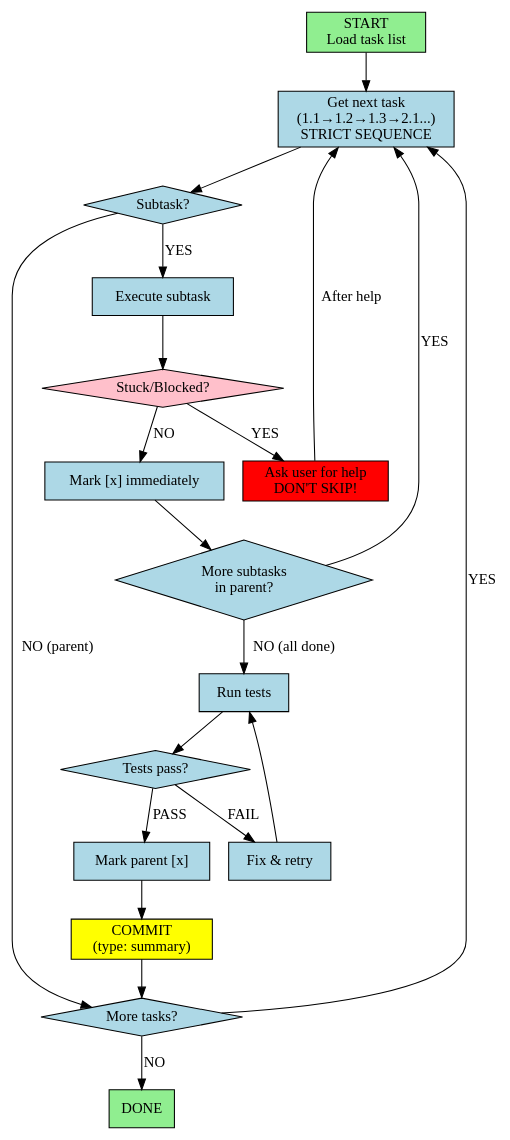
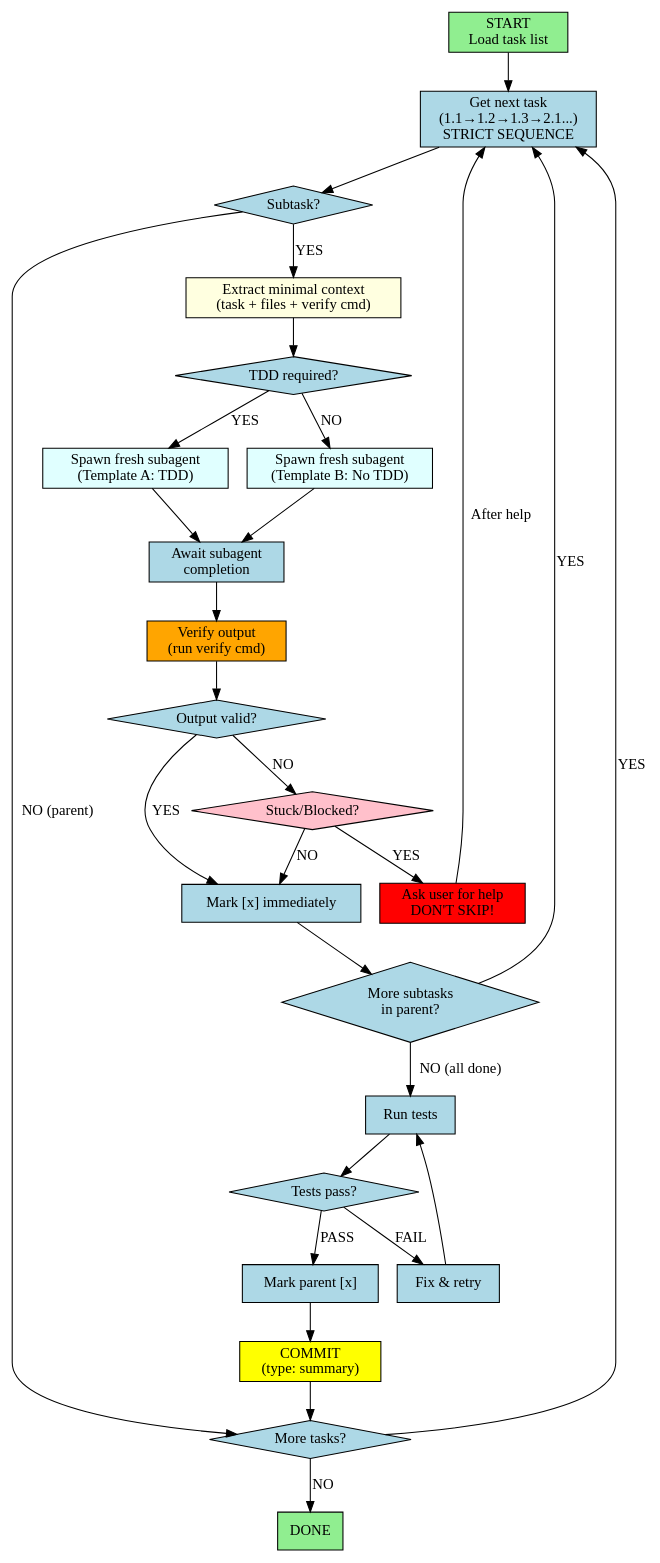
One commit to amrhas82/agentic-toolkit changed the diagram in ai/subagentic/claude/agents/3-process-task-list.md. Above: the diagram before and after it, drawn with Graphviz. The commit also changed other lines of this file and 2 other files, not shown here.

First line of the commit message:
Phases 2-5: Subagent Isolation, TDD Hints, and Document Verification

````diff
--- a/ai/subagentic/claude/agents/3-process-task-list.md
+++ b/ai/subagentic/claude/agents/3-process-task-list.md
@@ -12,42 +12,56 @@
 ```dot
 digraph ProcessTaskList {
   rankdir=TB;
   node [shape=box, style=filled, fillcolor=lightblue];
 
   start [label="START\nLoad task list", fillcolor=lightgreen];
   get_next [label="Get next task\n(1.1→1.2→1.3→2.1...)\nSTRICT SEQUENCE"];
   is_subtask [label="Subtask?", shape=diamond];
-  execute [label="Execute subtask"];
+  extract_context [label="Extract minimal context\n(task + files + verify cmd)", fillcolor=lightyellow];
+  check_tdd [label="TDD required?", shape=diamond];
+  spawn_tdd [label="Spawn fresh subagent\n(Template A: TDD)", fillcolor=lightcyan];
+  spawn_no_tdd [label="Spawn fresh subagent\n(Template B: No TDD)", fillcolor=lightcyan];
+  await_result [label="Await subagent\ncompletion"];
+  verify_output [label="Verify output\n(run verify cmd)", fillcolor=orange];
+  output_valid [label="Output valid?", shape=diamond];
   stuck [label="Stuck/Blocked?", shape=diamond, fillcolor=pink];
   ask_help [label="Ask user for help\nDON'T SKIP!", fillcolor=red];
   mark_subtask [label="Mark [x] immediately"];
   more_subtasks [label="More subtasks\nin parent?", shape=diamond];
   run_tests [label="Run tests"];
   tests_pass [label="Tests pass?", shape=diamond];
   fix_tests [label="Fix & retry"];
   mark_parent [label="Mark parent [x]"];
   commit [label="COMMIT\n(type: summary)", fillcolor=yellow];
   more_tasks [label="More tasks?", shape=diamond];
   done [label="DONE", fillcolor=lightgreen];
 
   start -> get_next;
   get_next -> is_subtask;
-  is_subtask -> execute [label="YES"];
+  is_subtask -> extract_context [label="YES"];
   is_subtask -> more_tasks [label="NO (parent)"];
-  execute -> stuck;
+  extract_context -> check_tdd;
+  check_tdd -> spawn_tdd [label="YES"];
+  check_tdd -> spawn_no_tdd [label="NO"];
+  spawn_tdd -> await_result;
+  spawn_no_tdd -> await_result;
+  await_result -> verify_output;
+  verify_output -> output_valid;
+  output_valid -> stuck [label="NO"];
+  output_valid -> mark_subtask [label="YES"];
   stuck -> ask_help [label="YES"];
   stuck -> mark_subtask [label="NO"];
   ask_help -> get_next [label="After help"];
   mark_subtask -> more_subtasks;
   more_subtasks -> get_next [label="YES"];
   more_subtasks -> run_tests [label="NO (all done)"];
   run_tests -> tests_pass;
   tests_pass -> fix_tests [label="FAIL"];
   tests_pass -> mark_parent [label="PASS"];
   fix_tests -> run_tests;
   mark_parent -> commit;
   commit -> more_tasks;
   more_tasks -> get_next [label="YES"];
   more_tasks -> done [label="NO"];
 }
 ```
````
